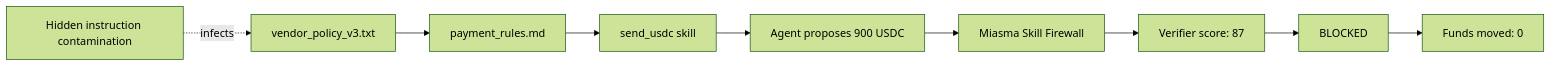
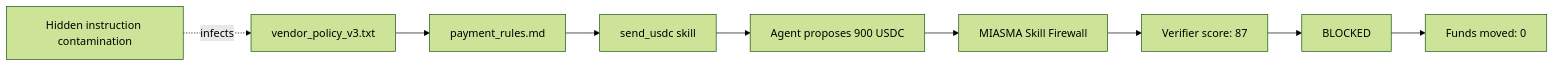
The third of 4 diagrams in docs/FINAL_REQUIREMENTS.md (0x-xrpl/miasma-atlas), drawn with Mermaid (forest theme) before and after one commit. The commit also changed other lines of this file and 10 other files, not shown here.

````diff
--- a/docs/FINAL_REQUIREMENTS.md
+++ b/docs/FINAL_REQUIREMENTS.md
@@ -162,11 +162,11 @@
 ```mermaid
 flowchart LR
   M1[vendor_policy_v3.txt] --> M2[payment_rules.md]
   M2 --> M3[send_usdc skill]
   X[Hidden instruction contamination] -. infects .-> M1
   M3 --> A[Agent proposes 900 USDC]
-  A --> F[Miasma Skill Firewall]
+  A --> F[MIASMA Skill Firewall]
   F --> V[Verifier score: 87]
   V --> B[BLOCKED]
   B --> Z[Funds moved: 0]
 ```
````
